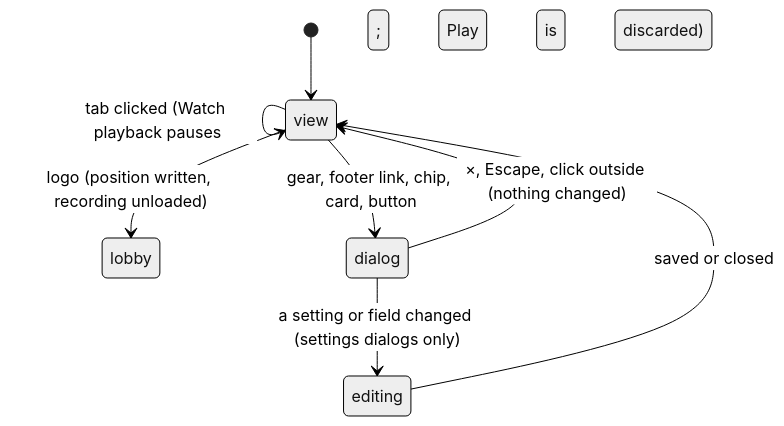
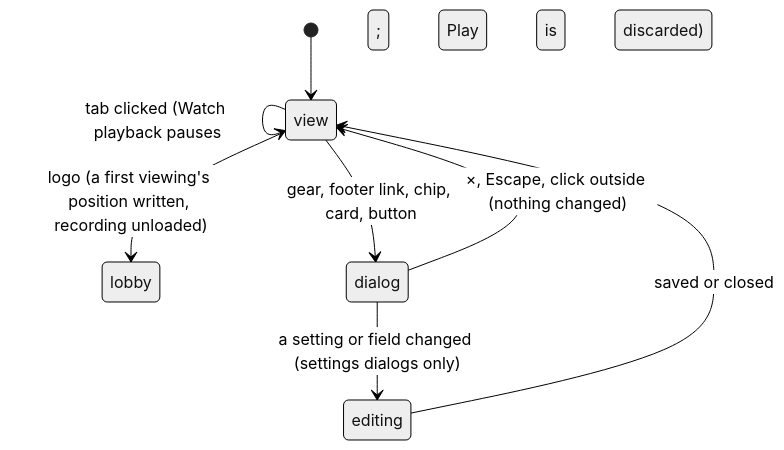
Before and after one commit to DougZeThug/Will-You-Be-My-Hero-Arena: the diagram in docs/product-description/foundations/app-shell.md, drawn with Mermaid (neutral theme). The commit also changed other lines of this file and 35 other files, not shown here.

````diff
--- a/docs/product-description/foundations/app-shell.md
+++ b/docs/product-description/foundations/app-shell.md
@@ -68,10 +69,10 @@
 ```mermaid
 stateDiagram-v2
     [*] --> view
     view --> view : tab clicked (Watch playback pauses; Play is discarded)
     view --> dialog : gear, footer link, chip, card, button
     dialog --> view : ×, Escape, click outside (nothing changed)
     dialog --> editing : a setting or field changed (settings dialogs only)
     editing --> view : saved or closed
-    view --> lobby : logo (position written, recording unloaded)
+    view --> lobby : logo (a first viewing's position written, recording unloaded)
 ```
````
